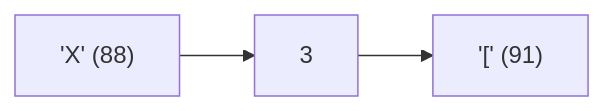
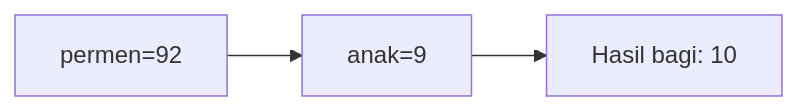
Before and after one commit to amnahwaida/OSNK_INF_PREP: the eighth of 25 diagrams in part-c-pemahaman-cpp/01-tipe-data/latihan/set-05.md, drawn with Mermaid. The commit also changed other lines of this file and 71 other files, not shown here.

````diff
--- a/part-c-pemahaman-cpp/01-tipe-data/latihan/set-05.md
+++ b/part-c-pemahaman-cpp/01-tipe-data/latihan/set-05.md
@@ -184,5 +224,5 @@
 ```mermaid
 graph LR
-A["'X' (88)"] --> B["3"]
-B --> C["'[' (91)"]
+A["permen=92"] --> B["anak=9"]
+B --> C["Hasil bagi: 10"]
 ```
````
